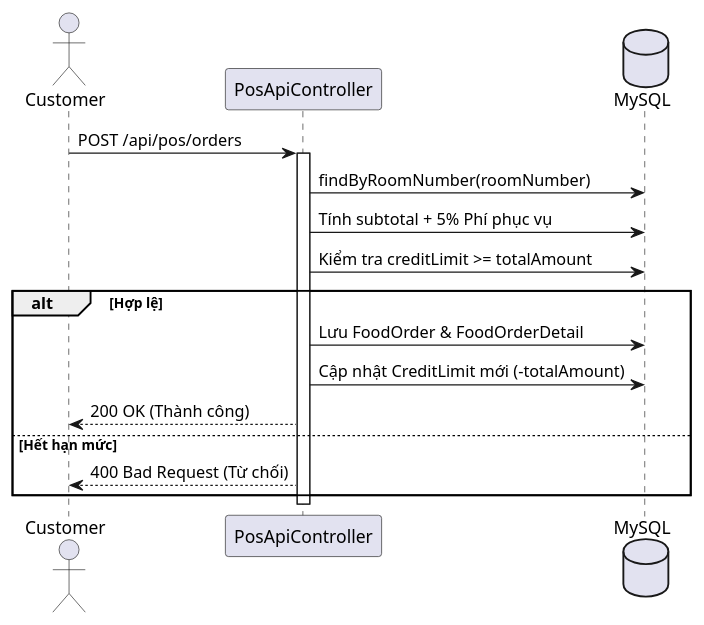
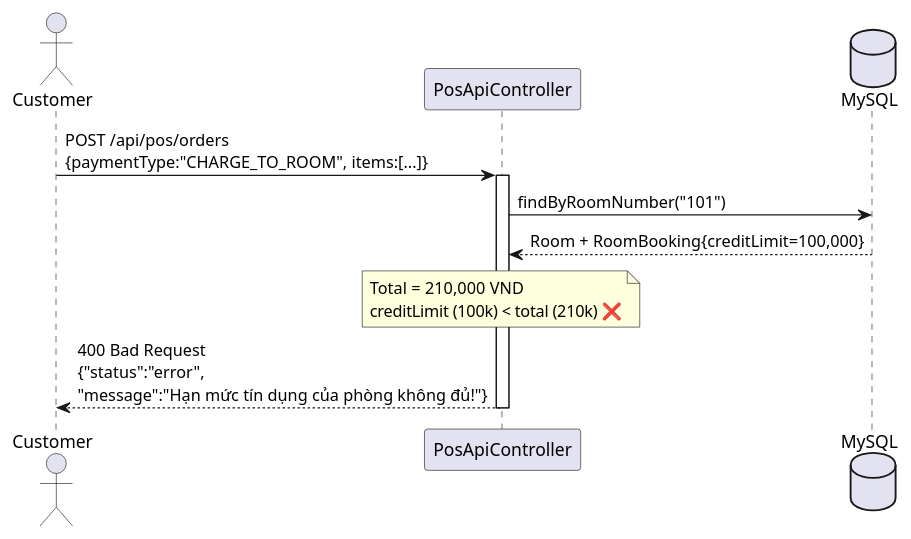
One commit to Luuxinhxinh/hoanien-resort changed the fourth of 6 diagrams in 06-Testing/mod3_pos/uc14/EDS_uc14_SPEC.md. Above: the diagram before and after it, drawn with PlantUML. The commit also changed other lines of this file and 15 other files, not shown here.

````diff
--- a/06-Testing/mod3_pos/uc14/EDS_uc14_SPEC.md
+++ b/06-Testing/mod3_pos/uc14/EDS_uc14_SPEC.md
@@ -147,21 +375,18 @@
 ```plantuml
-@startuml
+@startuml UC17-Sequence-E1
 actor "Customer" as C
 participant "PosApiController" as Ctrl
-database MySQL as DB
+database "MySQL" as DB
 
-C -> Ctrl: POST /api/pos/orders
+C -> Ctrl: POST /api/pos/orders\n{paymentType:"CHARGE_TO_ROOM", items:[...]}
 activate Ctrl
-Ctrl -> DB: findByRoomNumber(roomNumber)
-Ctrl -> DB: Tính subtotal + 5% Phí phục vụ
-Ctrl -> DB: Kiểm tra creditLimit >= totalAmount
-alt Hợp lệ
-    Ctrl -> DB: Lưu FoodOrder & FoodOrderDetail
-    Ctrl -> DB: Cập nhật CreditLimit mới (-totalAmount)
-    Ctrl --> C: 200 OK (Thành công)
-else Hết hạn mức
-    Ctrl --> C: 400 Bad Request (Từ chối)
-end
+
+Ctrl -> DB: findByRoomNumber("101")
+DB --> Ctrl: Room + RoomBooking{creditLimit=100,000}
+
+note over Ctrl: Total = 210,000 VND\ncreditLimit (100k) < total (210k) ❌
+
+Ctrl --> C: 400 Bad Request\n{"status":"error",\n"message":"Hạn mức tín dụng của phòng không đủ!"}
 deactivate Ctrl
 @enduml
 ```
````
